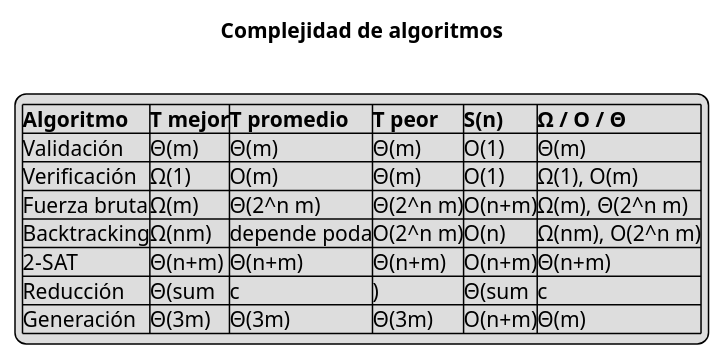
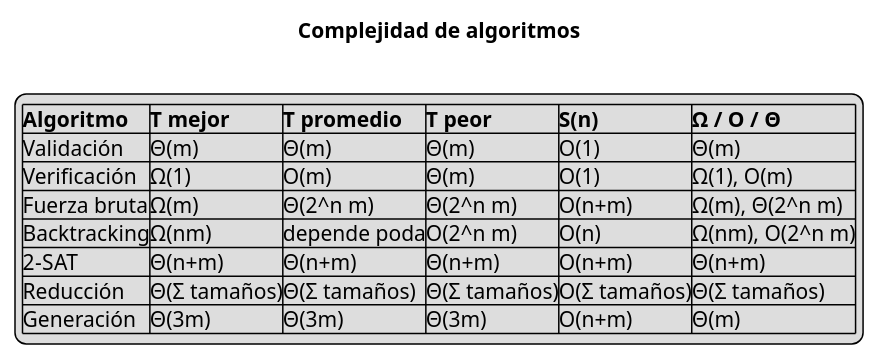
Before and after one commit to Rick1751/3_SAT_configurador-de-opciones-compatibles: the diagram in diagramas/complejidad/complejidad_algoritmos.puml, drawn with PlantUML. The commit also changed 40 other files, not shown here.

```diff
--- a/diagramas/complejidad/complejidad_algoritmos.puml
+++ b/diagramas/complejidad/complejidad_algoritmos.puml
@@ -1,14 +1,14 @@
 @startuml
 title Complejidad de algoritmos
 hide footbox
 legend
 |=Algoritmo|=T mejor|=T promedio|=T peor|=S(n)|=Ω / O / Θ|
 |Validación|Θ(m)|Θ(m)|Θ(m)|O(1)|Θ(m)|
 |Verificación|Ω(1)|O(m)|Θ(m)|O(1)|Ω(1), O(m)|
 |Fuerza bruta|Ω(m)|Θ(2^n m)|Θ(2^n m)|O(n+m)|Ω(m), Θ(2^n m)|
 |Backtracking|Ω(nm)|depende poda|O(2^n m)|O(n)|Ω(nm), O(2^n m)|
 |2-SAT|Θ(n+m)|Θ(n+m)|Θ(n+m)|O(n+m)|Θ(n+m)|
-|Reducción|Θ(sum |c|)|Θ(sum |c|)|Θ(sum |c|)|O(sum |c|)|Θ(sum |c|)|
+|Reducción|Θ(Σ tamaños)|Θ(Σ tamaños)|Θ(Σ tamaños)|O(Σ tamaños)|Θ(Σ tamaños)|
 |Generación|Θ(3m)|Θ(3m)|Θ(3m)|O(n+m)|Θ(m)|
 endlegend
 @enduml
```
